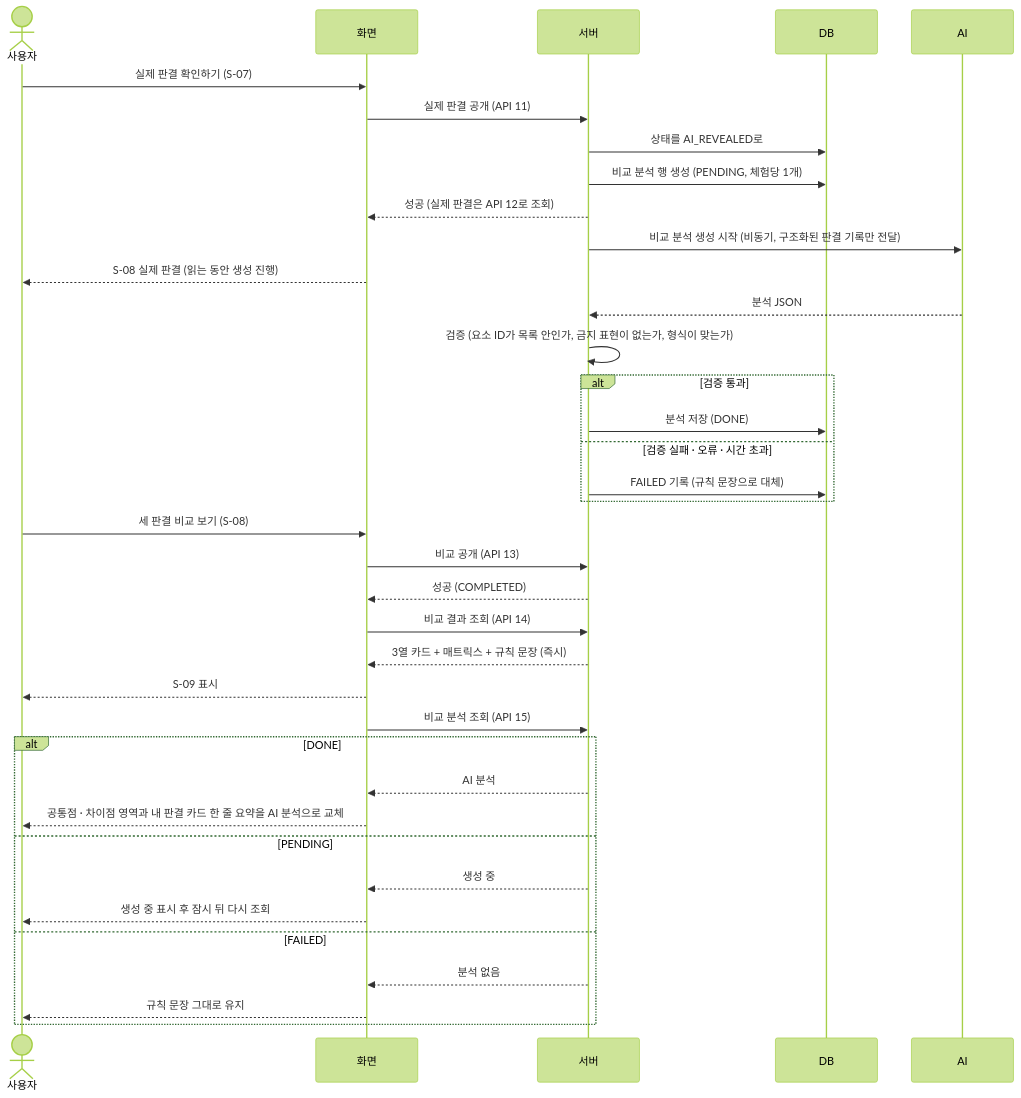
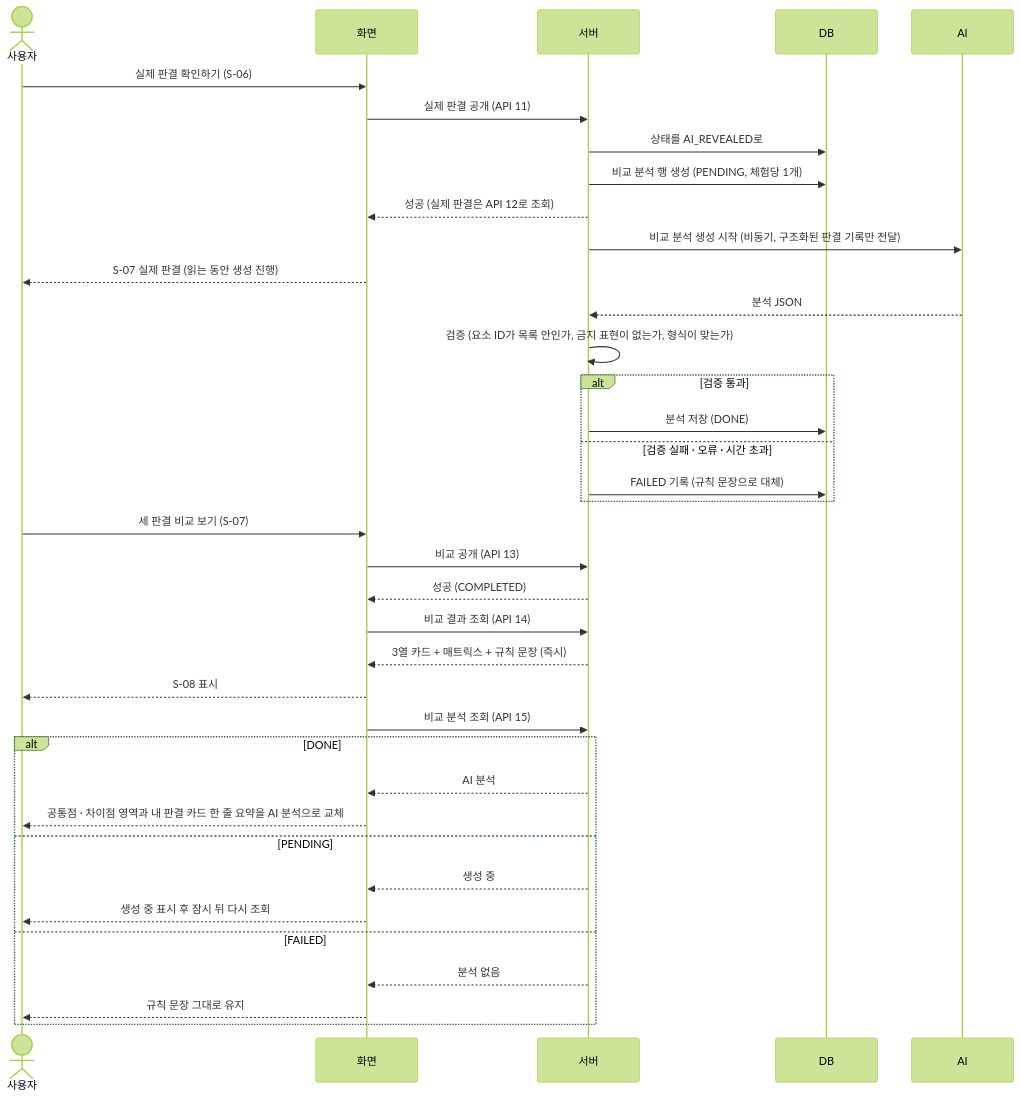
The seventh of 7 diagrams in docs/sequence-diagram.md (prgrms-aibe-devcourse/AIBE7_FinalProject_Team2), drawn with Mermaid (forest theme) before and after one commit. The commit also changed other lines of this file and 18 other files, not shown here.

````diff
--- a/docs/sequence-diagram.md
+++ b/docs/sequence-diagram.md
@@ -270,40 +271,40 @@
 ```mermaid
 sequenceDiagram
   actor U as 사용자
   participant F as 화면
   participant S as 서버
   participant D as DB
   participant A as AI
 
-  U->>F: 실제 판결 확인하기 (S-07)
+  U->>F: 실제 판결 확인하기 (S-06)
   F->>S: 실제 판결 공개 (API 11)
   S->>D: 상태를 AI_REVEALED로
   S->>D: 비교 분석 행 생성 (PENDING, 체험당 1개)
   S-->>F: 성공 (실제 판결은 API 12로 조회)
   S->>A: 비교 분석 생성 시작 (비동기, 구조화된 판결 기록만 전달)
-  F-->>U: S-08 실제 판결 (읽는 동안 생성 진행)
+  F-->>U: S-07 실제 판결 (읽는 동안 생성 진행)
   A-->>S: 분석 JSON
   S->>S: 검증 (요소 ID가 목록 안인가, 금지 표현이 없는가, 형식이 맞는가)
   alt 검증 통과
     S->>D: 분석 저장 (DONE)
   else 검증 실패 · 오류 · 시간 초과
     S->>D: FAILED 기록 (규칙 문장으로 대체)
   end
-  U->>F: 세 판결 비교 보기 (S-08)
+  U->>F: 세 판결 비교 보기 (S-07)
   F->>S: 비교 공개 (API 13)
   S-->>F: 성공 (COMPLETED)
   F->>S: 비교 결과 조회 (API 14)
   S-->>F: 3열 카드 + 매트릭스 + 규칙 문장 (즉시)
-  F-->>U: S-09 표시
+  F-->>U: S-08 표시
   F->>S: 비교 분석 조회 (API 15)
   alt DONE
     S-->>F: AI 분석
     F-->>U: 공통점 · 차이점 영역과 내 판결 카드 한 줄 요약을 AI 분석으로 교체
   else PENDING
     S-->>F: 생성 중
     F-->>U: 생성 중 표시 후 잠시 뒤 다시 조회
   else FAILED
     S-->>F: 분석 없음
     F-->>U: 규칙 문장 그대로 유지
   end
 ```
````
